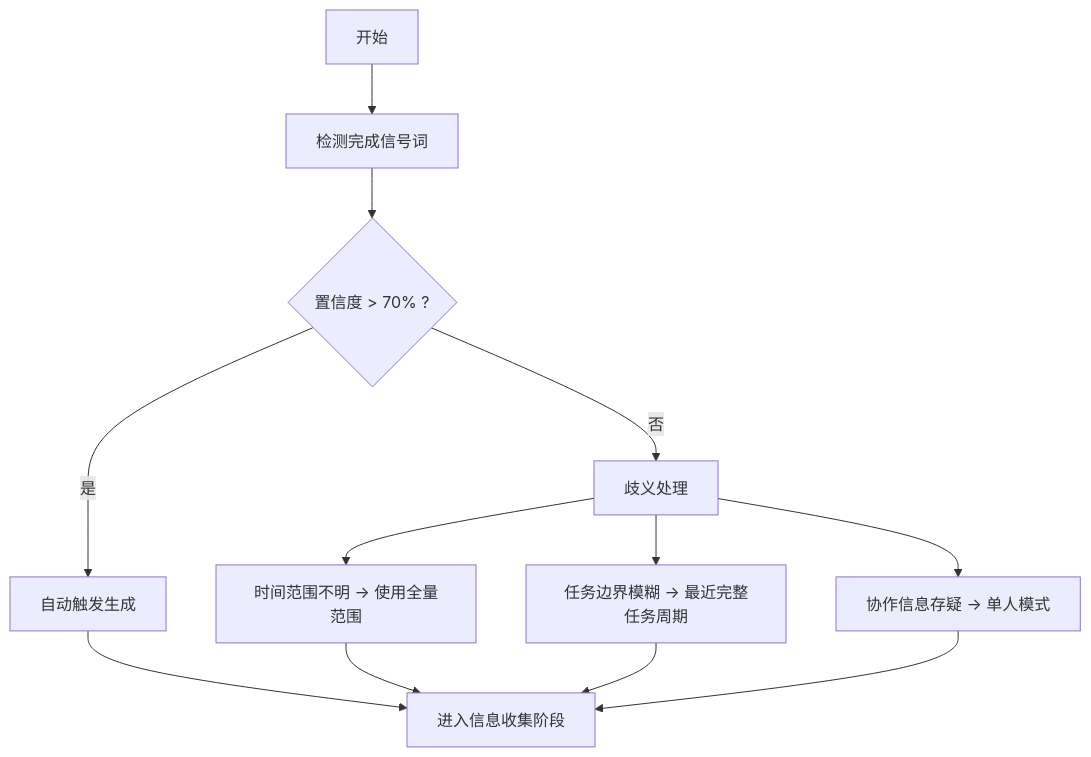
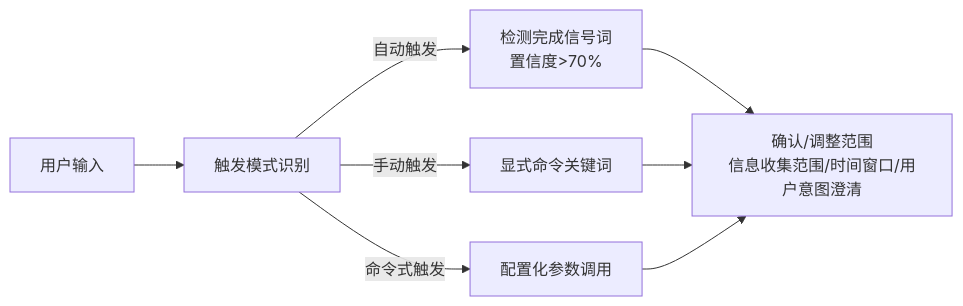
The third of 4 diagrams in .qoder/repowiki/zh/content/快速开始.md (daoAgents/task-execution-summary), drawn with Mermaid before and after one commit. The commit also changed other lines of this file and 33 other files, not shown here.

````diff
--- a/.qoder/repowiki/zh/content/快速开始.md
+++ b/.qoder/repowiki/zh/content/快速开始.md
@@ -115,14 +108,10 @@
 ```mermaid
-flowchart TD
-S["开始"] --> T["检测完成信号词"]
-T --> U{"置信度 > 70% ?"}
-U --> |是| V["自动触发生成"]
-U --> |否| W["歧义处理"]
-W --> X["时间范围不明 → 使用全量范围"]
-W --> Y["任务边界模糊 → 最近完整任务周期"]
-W --> Z["协作信息存疑 → 单人模式"]
-V --> END["进入信息收集阶段"]
-X --> END
-Y --> END
-Z --> END
+flowchart LR
+U["用户输入"] --> T["触发模式识别"]
+T --> |自动触发| A["检测完成信号词<br/>置信度>70%"]
+T --> |手动触发| M["显式命令关键词"]
+T --> |命令式触发| C["配置化参数调用"]
+A --> R["确认/调整范围<br/>信息收集范围/时间窗口/用户意图澄清"]
+M --> R
+C --> R
 ```
````
